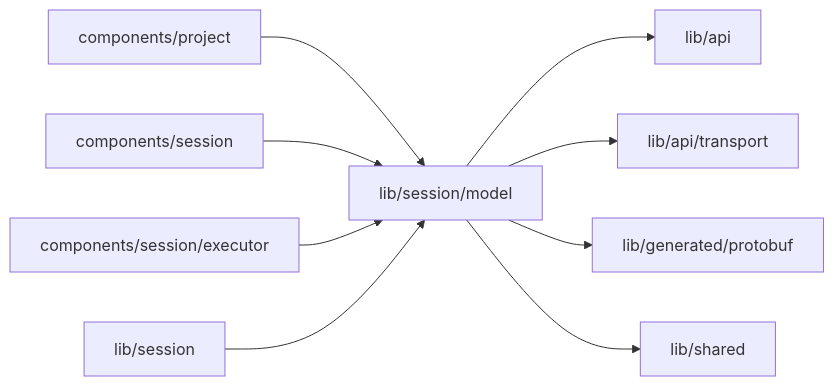
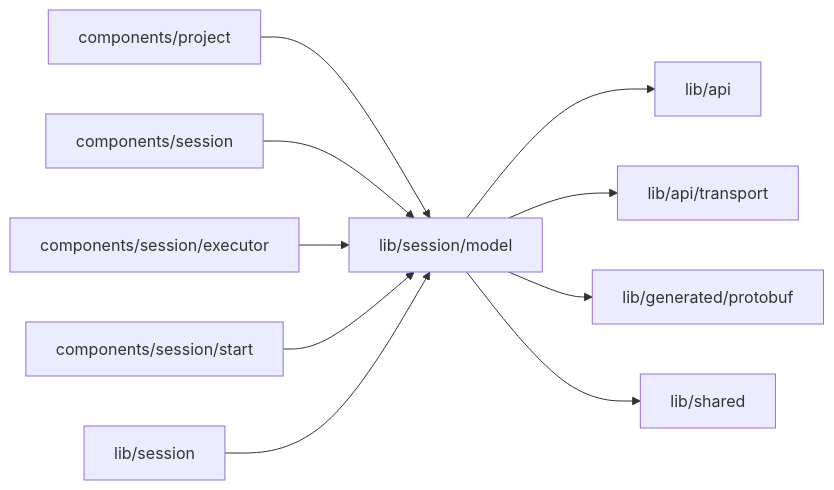
The diagram in web/studio/lib/session/model/README.md (superdurable/superverse), drawn with Mermaid before and after one commit. The commit also changed other lines of this file and 30 other files, not shown here.

````diff
--- a/web/studio/lib/session/model/README.md
+++ b/web/studio/lib/session/model/README.md
@@ -10,12 +10,13 @@
 ```mermaid
 flowchart LR
   self["lib/session/model"]
   c0["components/project"] --> self
   c1["components/session"] --> self
   c2["components/session/executor"] --> self
-  c3["lib/session"] --> self
+  c3["components/session/start"] --> self
+  c4["lib/session"] --> self
   self --> d0["lib/api"]
   self --> d1["lib/api/transport"]
   self --> d2["lib/generated/protobuf"]
   self --> d3["lib/shared"]
 ```
````
